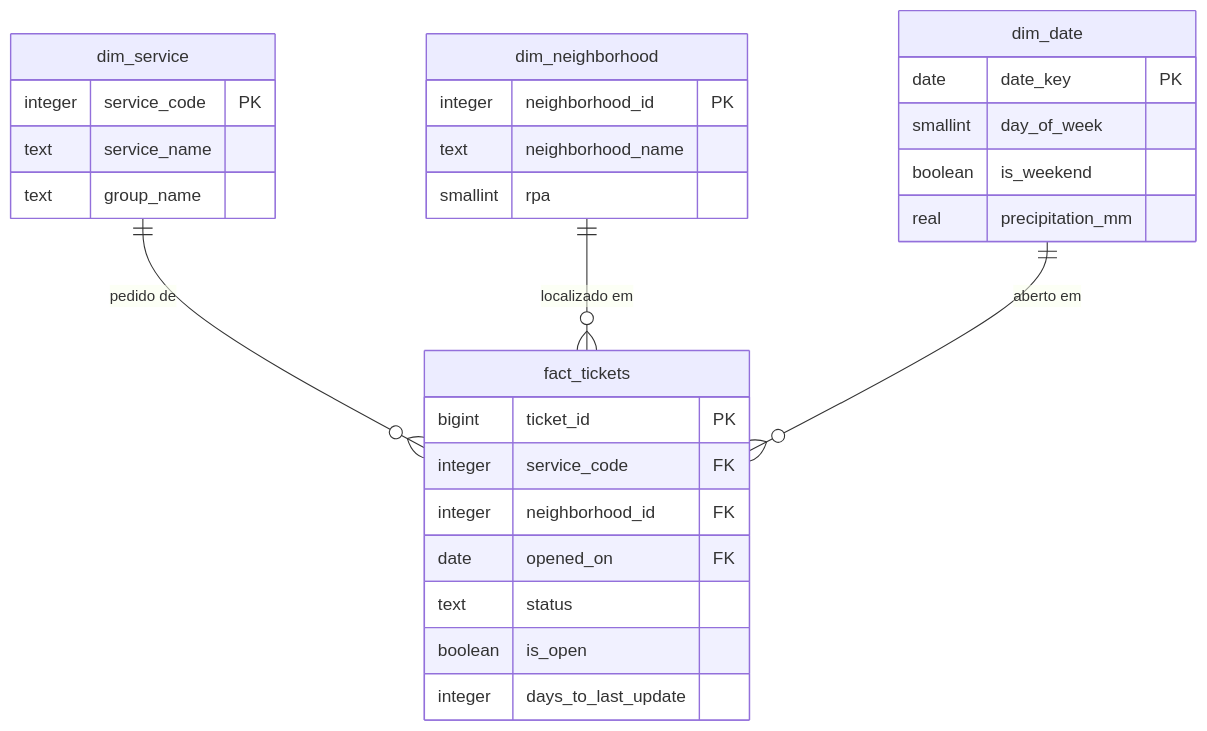
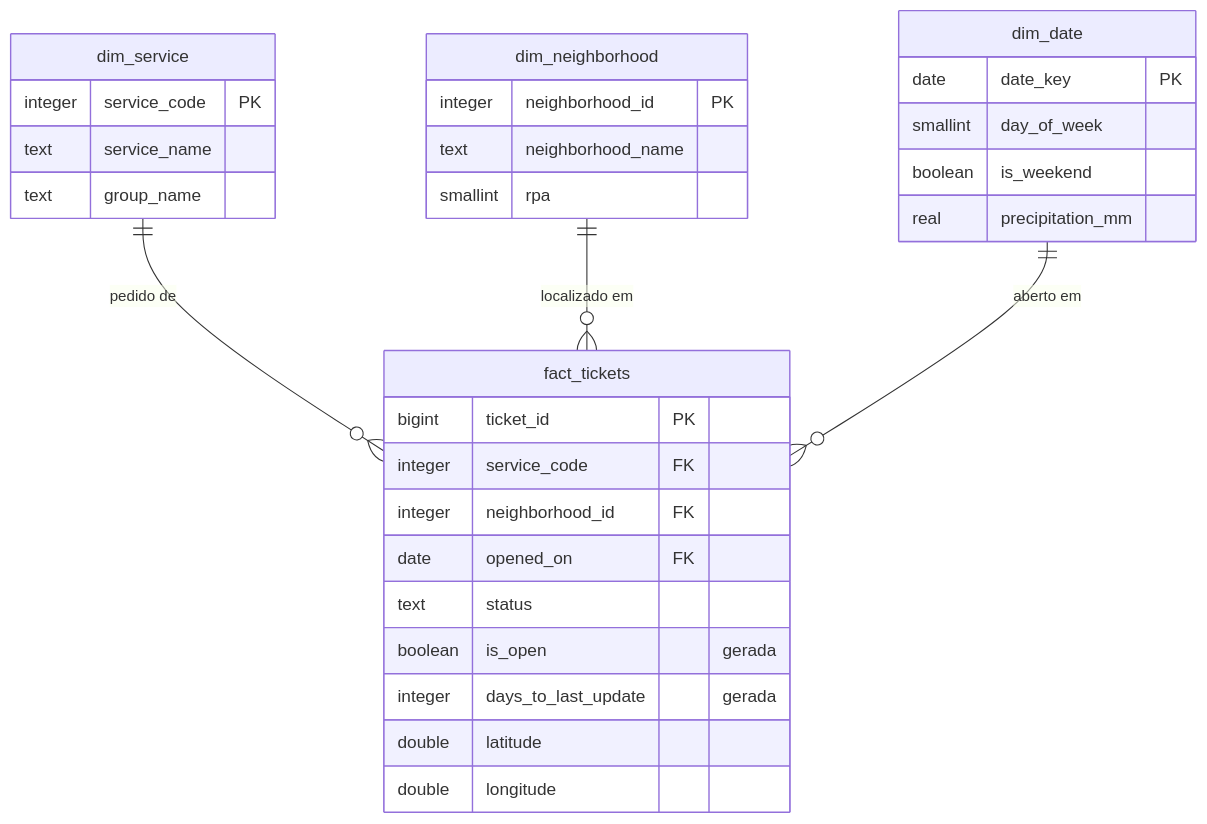
Before and after one commit to nogsposito/recife-156: the second of 2 diagrams in README.md, drawn with Mermaid. The commit also changed other lines of this file and 21 other files, not shown here.

````diff
--- a/README.md
+++ b/README.md
@@ -75,31 +103,33 @@
 ```mermaid
 erDiagram
     dim_service ||--o{ fact_tickets : "pedido de"
     dim_neighborhood ||--o{ fact_tickets : "localizado em"
     dim_date ||--o{ fact_tickets : "aberto em"
     dim_service {
         integer service_code PK
         text service_name
         text group_name
     }
     dim_neighborhood {
         integer neighborhood_id PK
         text neighborhood_name
         smallint rpa
     }
     dim_date {
         date date_key PK
         smallint day_of_week
         boolean is_weekend
         real precipitation_mm
     }
     fact_tickets {
         bigint ticket_id PK
         integer service_code FK
         integer neighborhood_id FK
         date opened_on FK
         text status
-        boolean is_open
-        integer days_to_last_update
+        boolean is_open "gerada"
+        integer days_to_last_update "gerada"
+        double latitude
+        double longitude
     }
 ```
````
